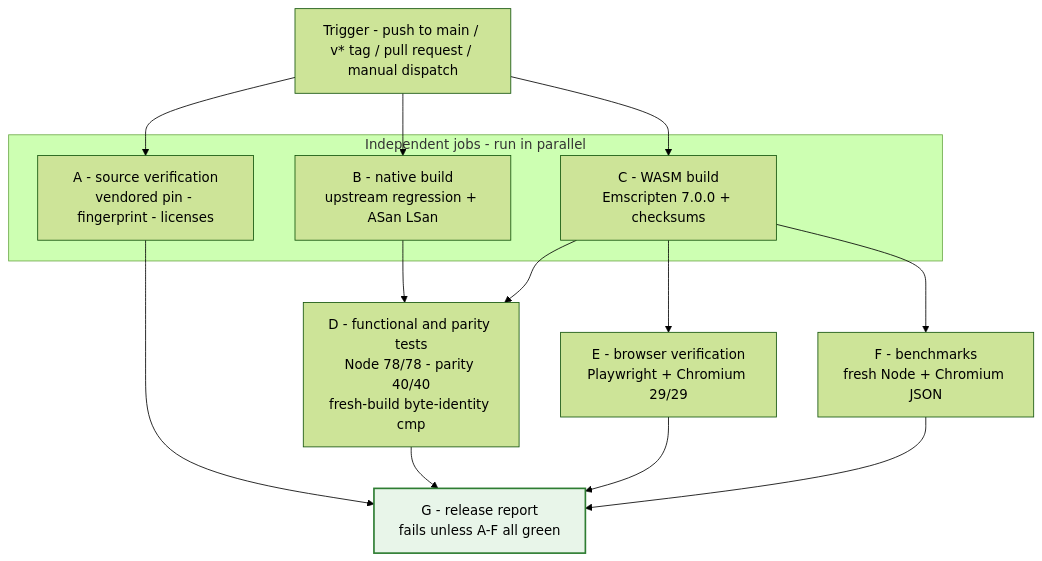
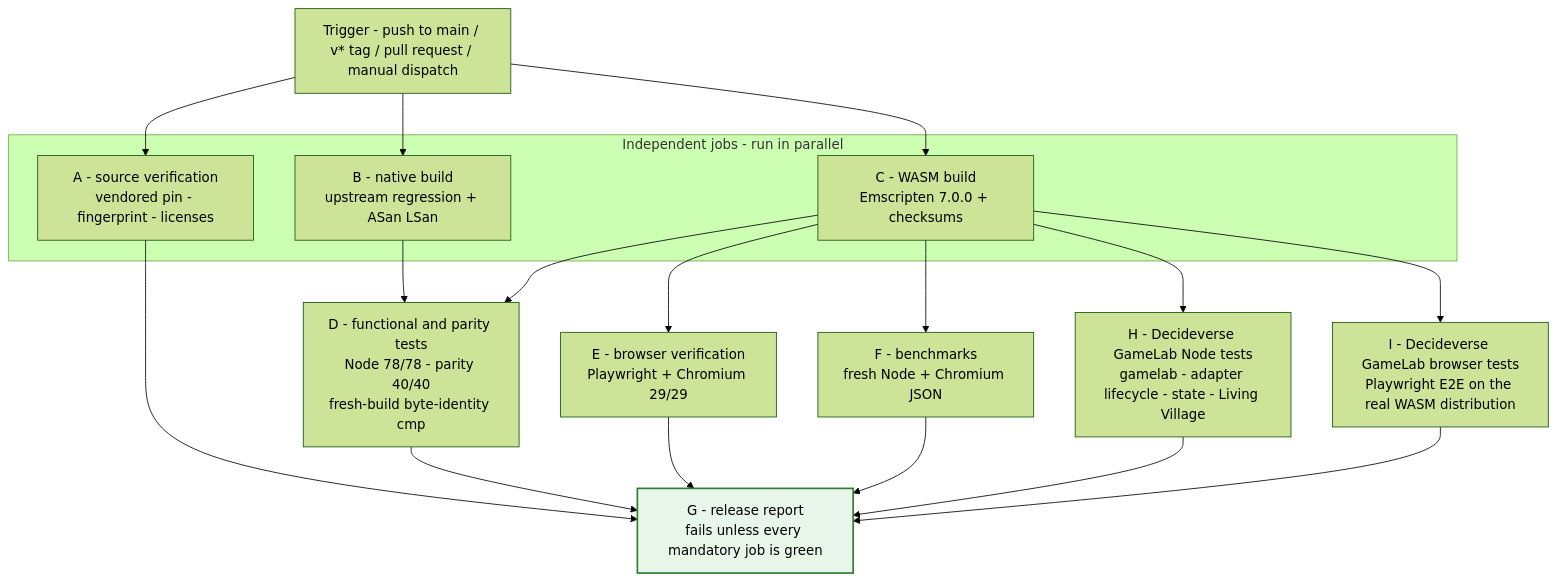
Before and after one commit to tamer4osman/decideverse: the seventh of 7 diagrams in README.md, drawn with Mermaid (forest theme). The commit also changed other lines of this file and 4 other files, not shown here.

````diff
--- a/README.md
+++ b/README.md
@@ -427,26 +515,32 @@
 ```mermaid
 flowchart TB
     trig["Trigger - push to main / v* tag / pull request / manual dispatch"]
     subgraph parallel["Independent jobs - run in parallel"]
         A["A - source verification<br/>vendored pin - fingerprint - licenses"]
         B["B - native build<br/>upstream regression + ASan LSan"]
         C["C - WASM build<br/>Emscripten 7.0.0 + checksums"]
     end
     D["D - functional and parity tests<br/>Node 78/78 - parity 40/40<br/>fresh-build byte-identity cmp"]
     E["E - browser verification<br/>Playwright + Chromium 29/29"]
     F["F - benchmarks<br/>fresh Node + Chromium JSON"]
-    G["G - release report<br/>fails unless A-F all green"]
+    H["H - Decideverse GameLab Node tests<br/>gamelab - adapter lifecycle - state - Living Village"]
+    I["I - Decideverse GameLab browser tests<br/>Playwright E2E on the real WASM distribution"]
+    G["G - release report<br/>fails unless every mandatory job is green"]
     trig --> A
     trig --> B
     trig --> C
     B --> D
     C --> D
     C --> E
     C --> F
+    C --> H
+    C --> I
     A --> G
     D --> G
     E --> G
     F --> G
+    H --> G
+    I --> G
     classDef gate fill:#e8f5e9,stroke:#2e7d32,stroke-width:2px;
     class G gate;
 ```
````
